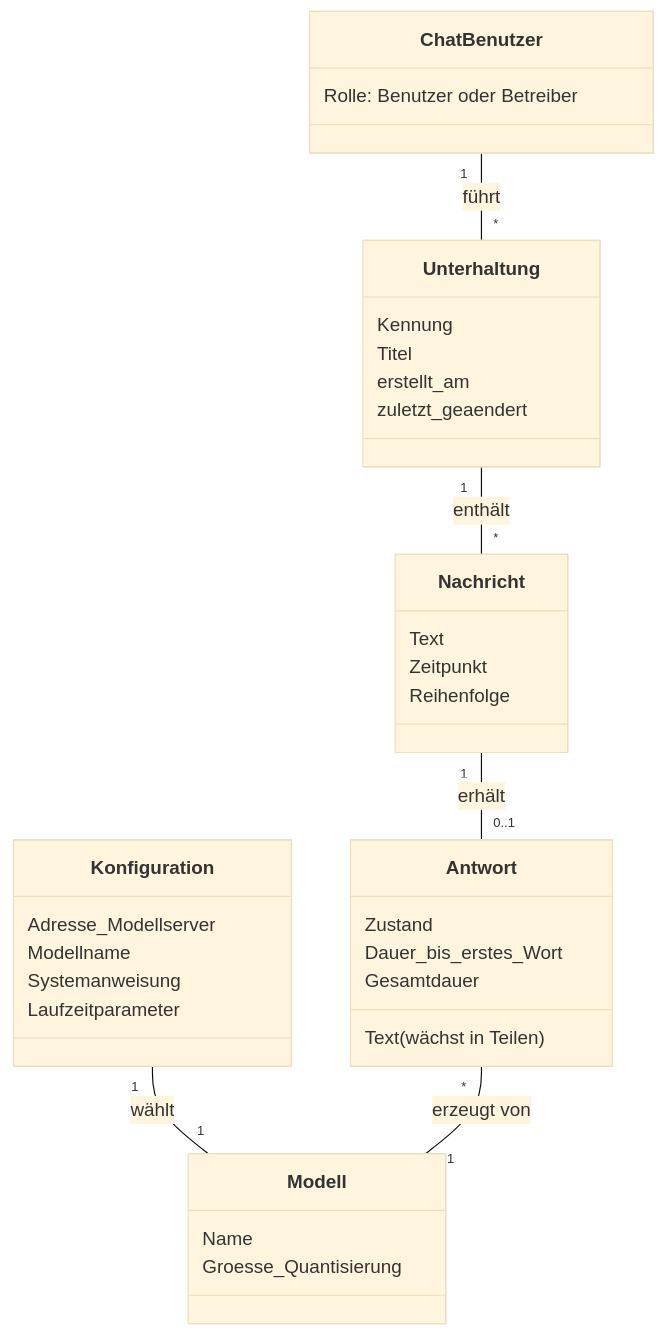
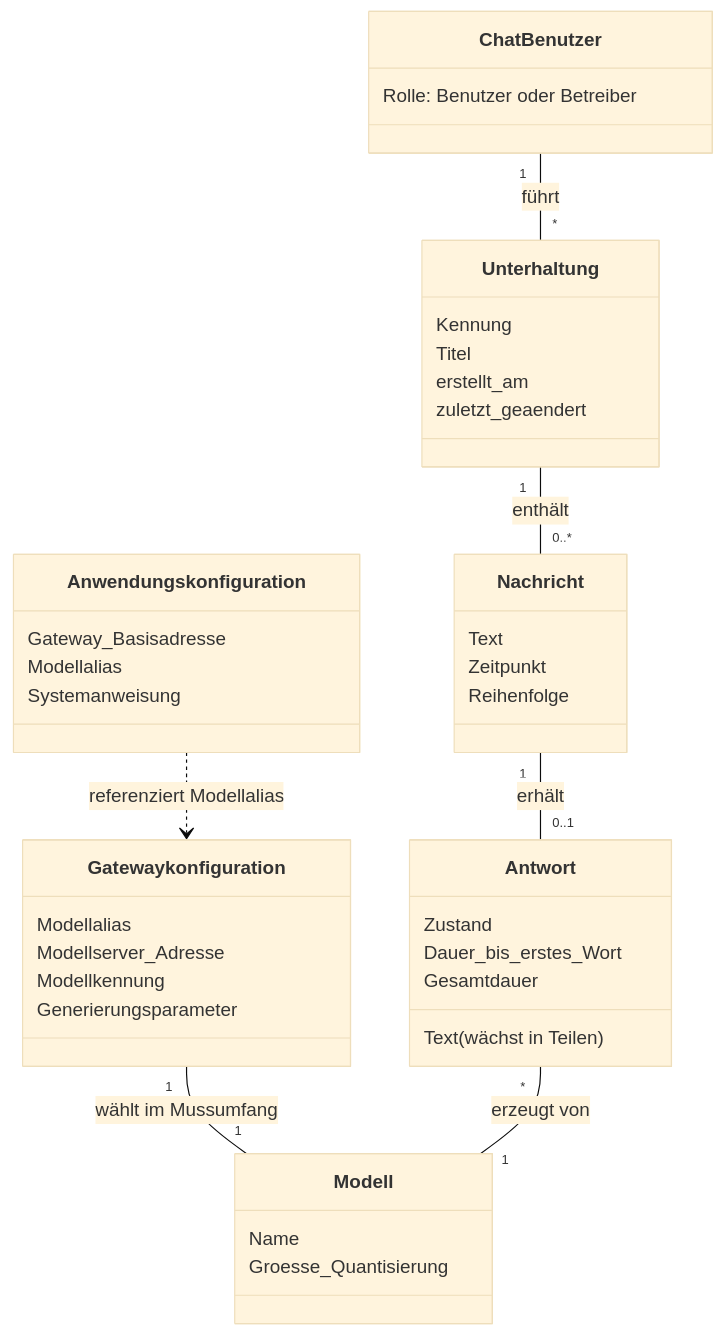
The fourth of 5 diagrams in agent/Design.md (thedmo/CustomLocalAiFront), drawn with Mermaid (base theme) before and after one commit. The commit also changed other lines of this file and 1 other file, not shown here.

````diff
--- a/agent/Design.md
+++ b/agent/Design.md
@@ -247,38 +356,44 @@
 ```mermaid
 classDiagram
     class ChatBenutzer {
         Rolle: Benutzer oder Betreiber
     }
     class Unterhaltung {
         Kennung
         Titel
         erstellt_am
         zuletzt_geaendert
     }
     class Nachricht {
         Text
         Zeitpunkt
         Reihenfolge
     }
     class Antwort {
         Text (wächst in Teilen)
         Zustand
         Dauer_bis_erstes_Wort
         Gesamtdauer
     }
-    class Konfiguration {
-        Adresse_Modellserver
-        Modellname
+    class Anwendungskonfiguration {
+        Gateway_Basisadresse
+        Modellalias
         Systemanweisung
-        Laufzeitparameter
+    }
+    class Gatewaykonfiguration {
+        Modellalias
+        Modellserver_Adresse
+        Modellkennung
+        Generierungsparameter
     }
     class Modell {
         Name
         Groesse_Quantisierung
     }
     ChatBenutzer "1" -- "*" Unterhaltung : führt
-    Unterhaltung "1" -- "*" Nachricht : enthält
+    Unterhaltung "1" -- "0..*" Nachricht : enthält
     Nachricht "1" -- "0..1" Antwort : erhält
-    Konfiguration "1" -- "1" Modell : wählt
+    Anwendungskonfiguration ..> Gatewaykonfiguration : referenziert Modellalias
+    Gatewaykonfiguration "1" -- "1" Modell : wählt im Mussumfang
     Antwort "*" -- "1" Modell : erzeugt von
 ```
````
